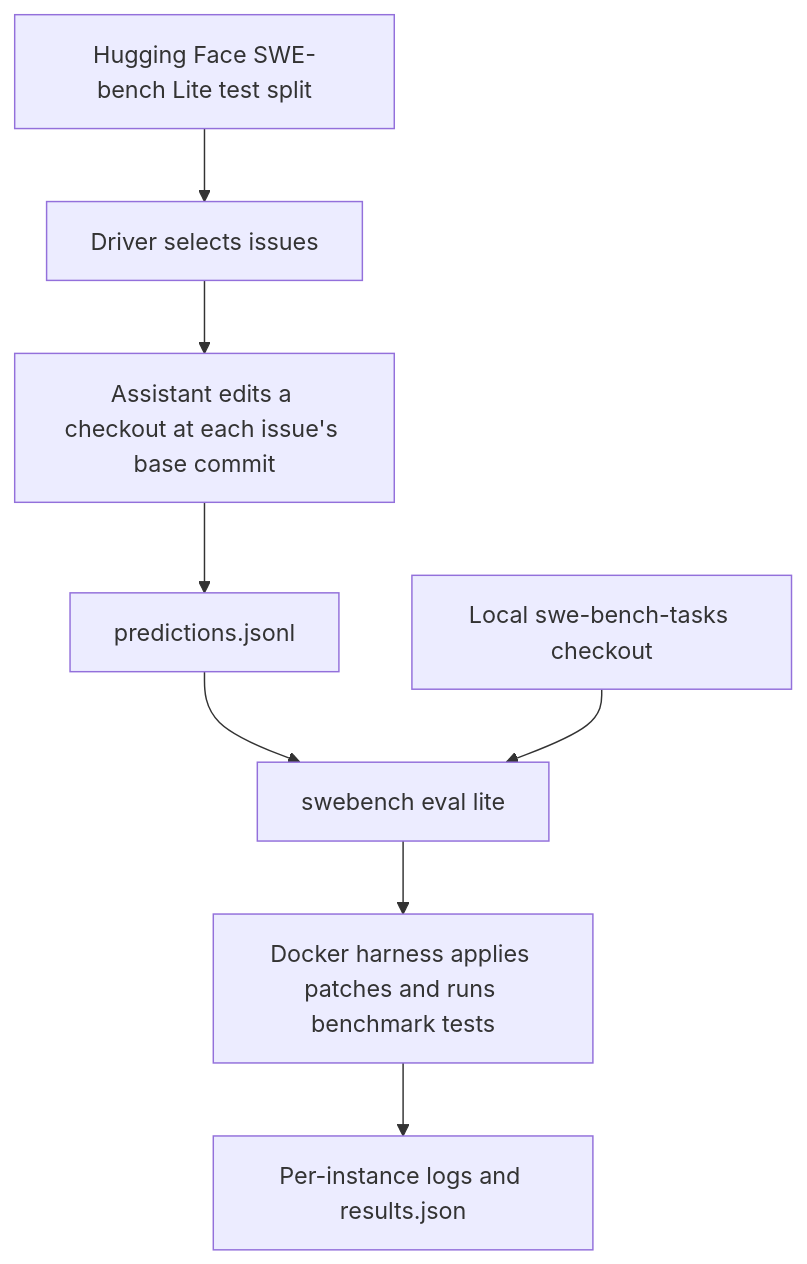
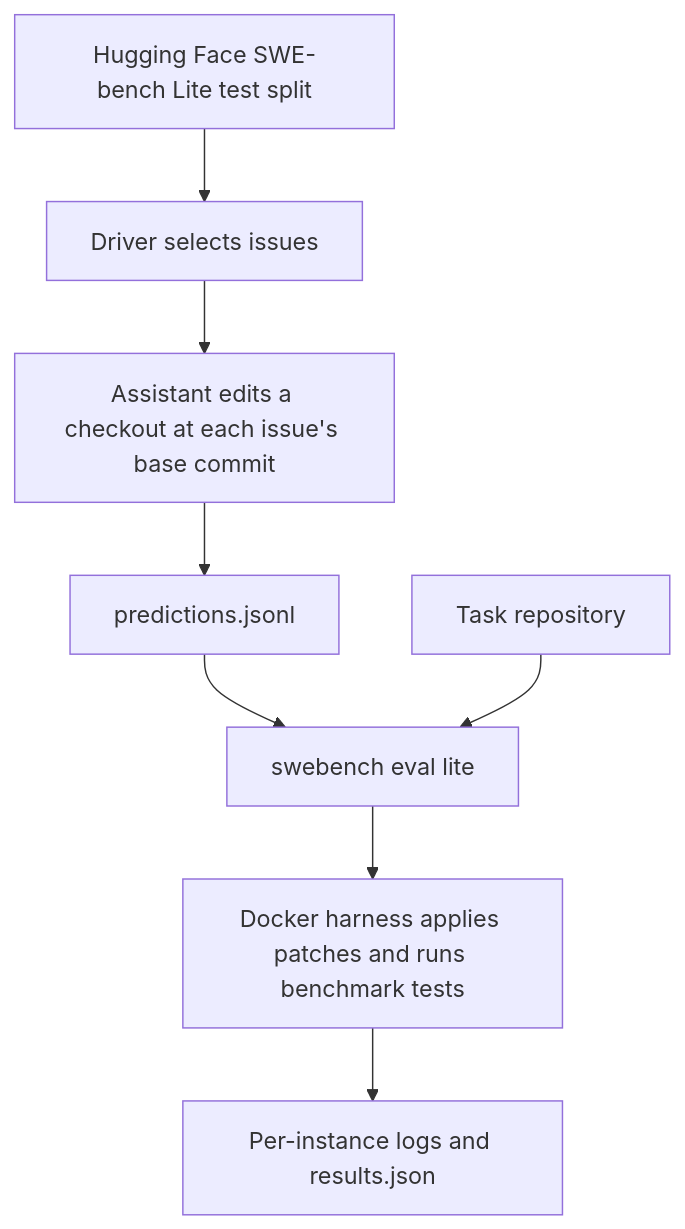
One commit to jimthompson5802/swebench-experiments-driver changed the diagram in docs/swebench-workflow.md. Above: the diagram before and after it, drawn with Mermaid. The commit also changed other lines of this file and 3 other files, not shown here.

````diff
--- a/docs/swebench-workflow.md
+++ b/docs/swebench-workflow.md
@@ -5,10 +5,10 @@
 ```mermaid
 flowchart TD
     A["Hugging Face SWE-bench Lite test split"] --> B["Driver selects issues"]
     B --> C["Assistant edits a checkout at each issue's base commit"]
     C --> D["predictions.jsonl"]
     D --> E["swebench eval lite"]
-    F["Local swe-bench-tasks checkout"] --> E
+    F["Task repository"] --> E
     E --> G["Docker harness applies patches and runs benchmark tests"]
     G --> H["Per-instance logs and results.json"]
 ```
````
